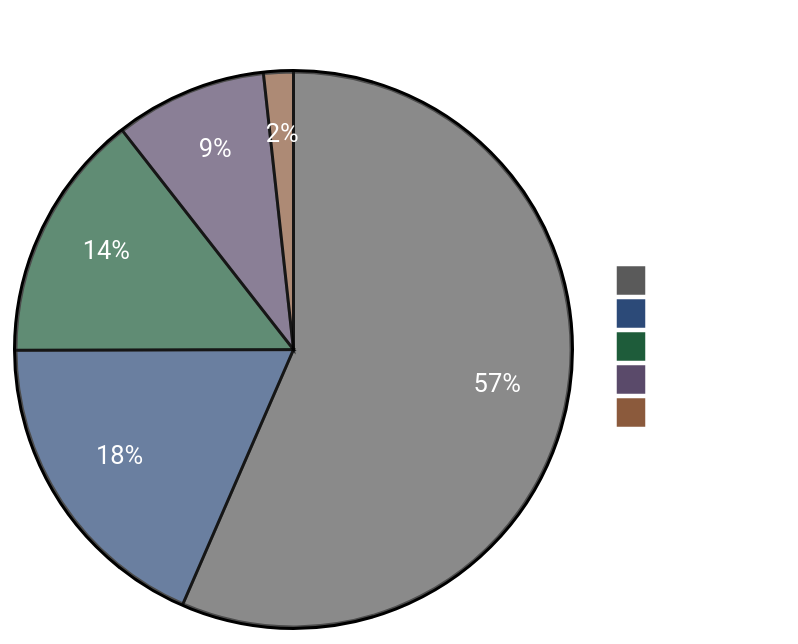
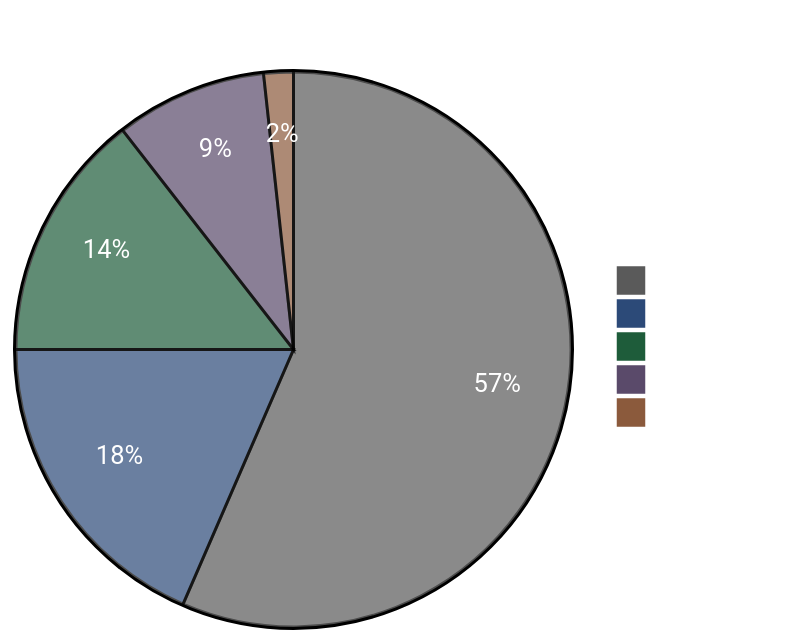
The diagram in README.md (ccmeteorljh/reco-arxiv-daily), drawn with Mermaid before and after one commit. The commit also changed other lines of this file and 7 other files, not shown here.

````diff
--- a/README.md
+++ b/README.md
@@ -6,19 +6,19 @@
 ```mermaid
 %%{init: {'theme':'base', 'themeVariables': {
   'pie1':'#5a5a5a',
   'pie2':'#2c4a78',
   'pie3':'#1e5c3a',
   'pie4':'#5a4a6a',
   'pie5':'#8b5a3c',
   'pieTitleTextColor':'#ffffff',
   'pieSectionTextColor':'#ffffff',
   'pieLegendTextColor':'#ffffff'
 }}}%%
 pie showData
 title Paper Distribution by Tag
-  "Other" : 589
-  "LLM" : 192
+  "Other" : 590
+  "LLM" : 193
   "GR" : 151
   "Seq" : 92
   "Scaling" : 18
 ```
````
